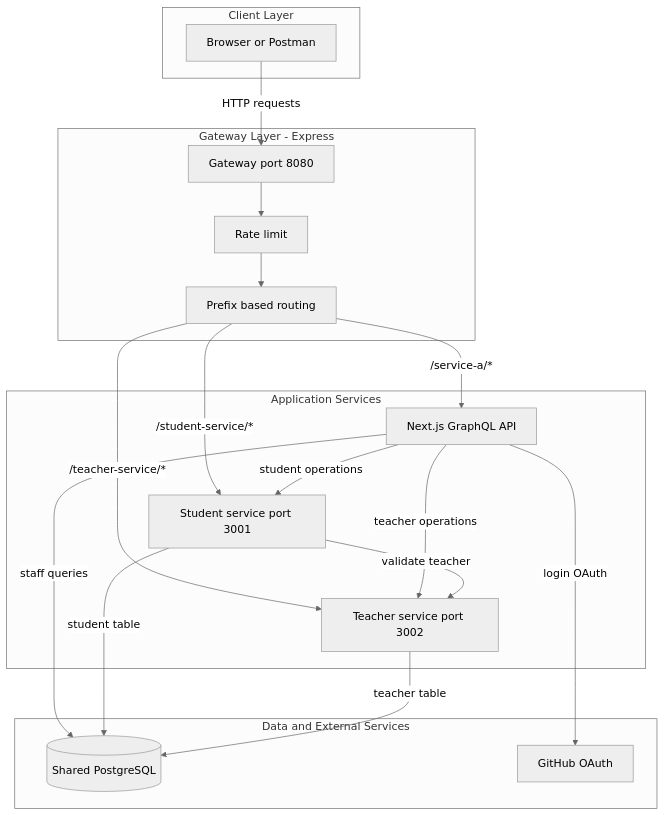
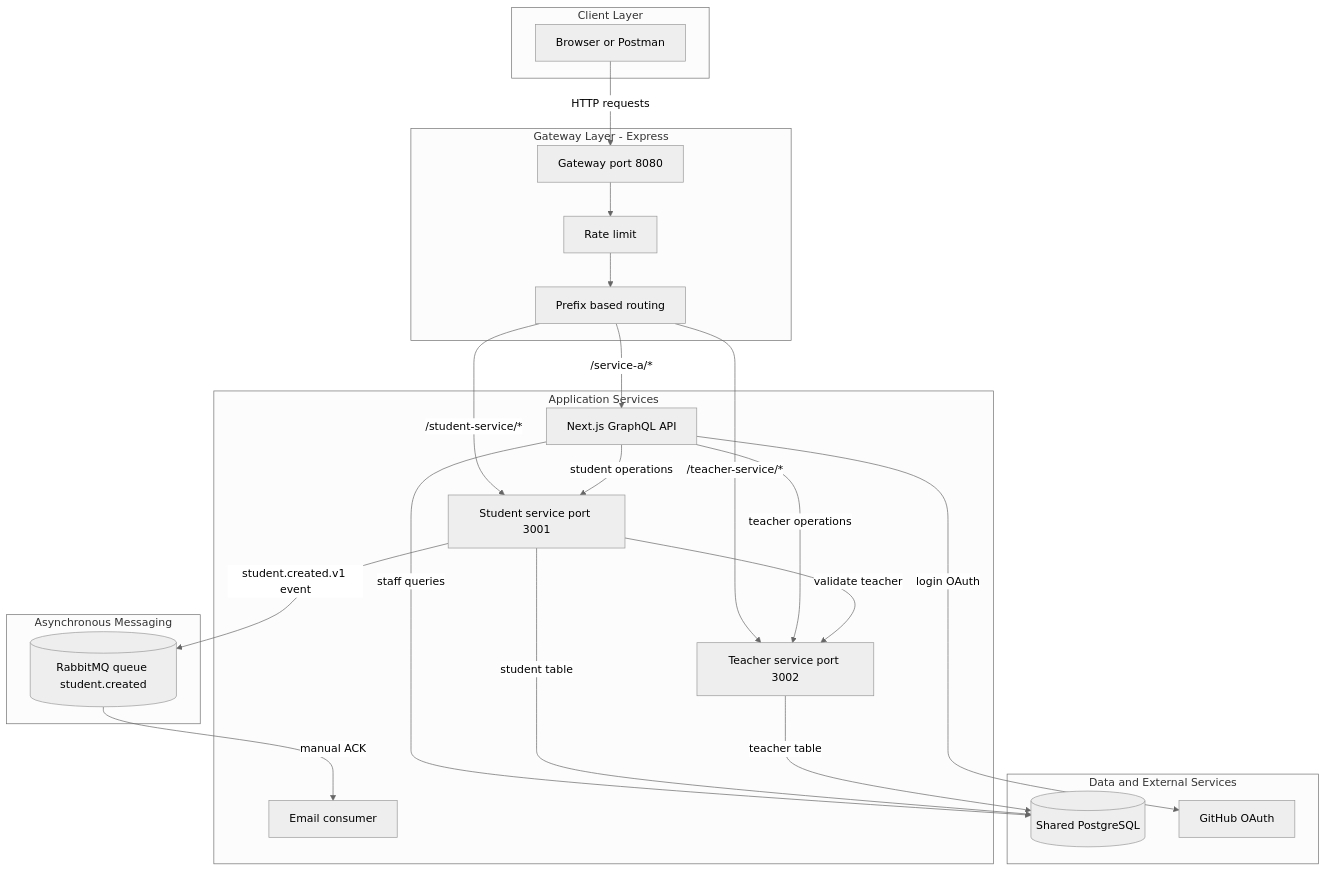
Before and after one commit to Litaa2407/week4_GraphQL_Lita: the first of 2 diagrams in .github/modernize/assessment/engines/facts/architecture-diagram.md, drawn with Mermaid (neutral theme). The commit also changed other lines of this file and 11 other files, not shown here.

Commit message:
feat: implement asynchronous notification for student creation using RabbitMQ

````diff
--- a/.github/modernize/assessment/engines/facts/architecture-diagram.md
+++ b/.github/modernize/assessment/engines/facts/architecture-diagram.md
@@ -8,33 +8,39 @@
 ```mermaid
 flowchart TD
     subgraph ClientLayer["Client Layer"]
         Client["Browser or Postman"]
     end
     subgraph GatewayLayer["Gateway Layer - Express"]
         Gateway["Gateway port 8080"]
         RateLimit["Rate limit"]
         Proxy["Prefix based routing"]
     end
     subgraph ApplicationLayer["Application Services"]
         GraphQL["Next.js GraphQL API"]
         StudentService["Student service port 3001"]
         TeacherService["Teacher service port 3002"]
+        EmailConsumer["Email consumer"]
+    end
+    subgraph MessagingLayer["Asynchronous Messaging"]
+        RabbitMQ[("RabbitMQ queue student.created")]
     end
     subgraph DataLayer["Data and External Services"]
         PostgreSQL[("Shared PostgreSQL")]
         GitHub["GitHub OAuth"]
     end
 
     Client -->|"HTTP requests"| Gateway
     Gateway --> RateLimit --> Proxy
     Proxy -->|"/service-a/*"| GraphQL
     Proxy -->|"/student-service/*"| StudentService
     Proxy -->|"/teacher-service/*"| TeacherService
     GraphQL -->|"student operations"| StudentService
     GraphQL -->|"teacher operations"| TeacherService
     StudentService -->|"validate teacher"| TeacherService
+    StudentService -->|"student.created.v1 event"| RabbitMQ
+    RabbitMQ -->|"manual ACK"| EmailConsumer
     GraphQL -->|"staff queries"| PostgreSQL
     StudentService -->|"student table"| PostgreSQL
     TeacherService -->|"teacher table"| PostgreSQL
     GraphQL -->|"login OAuth"| GitHub
 ```
````
